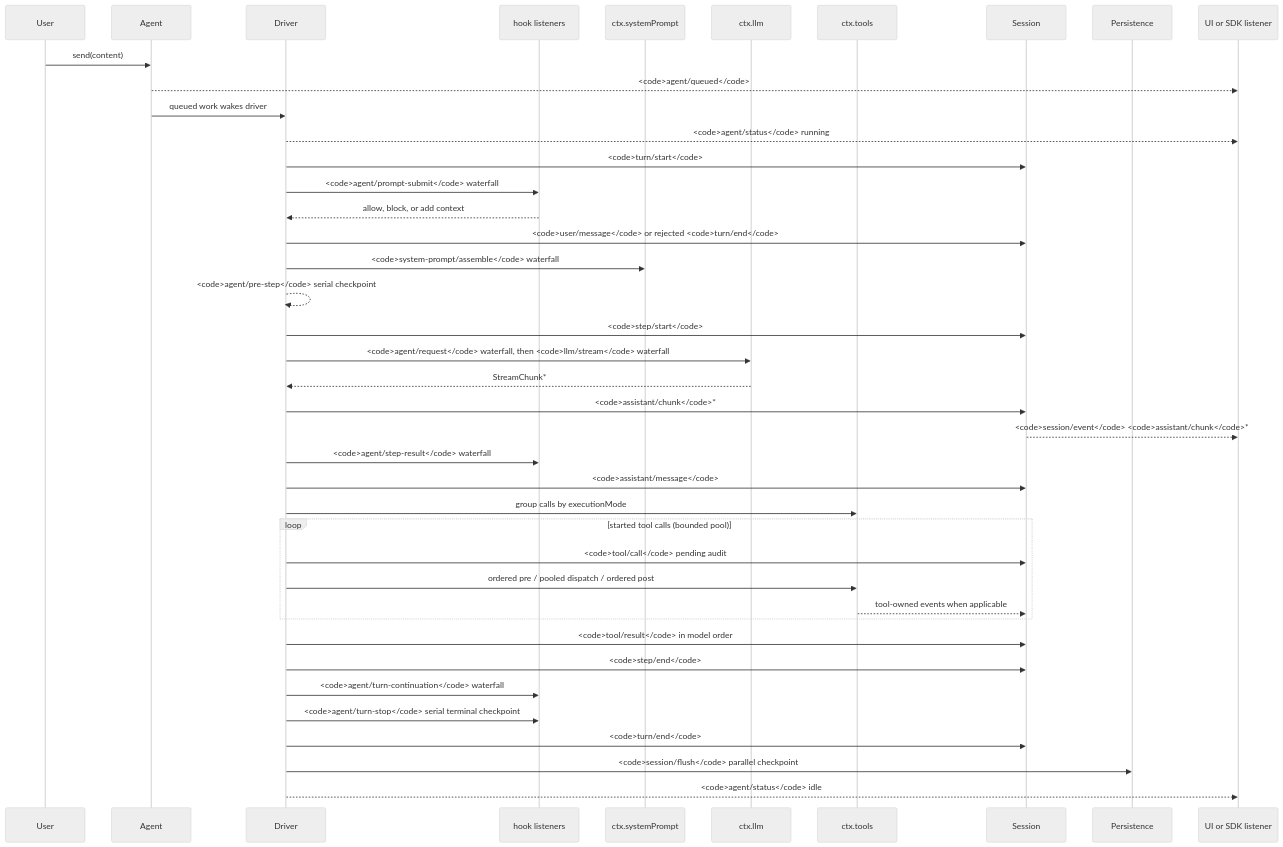
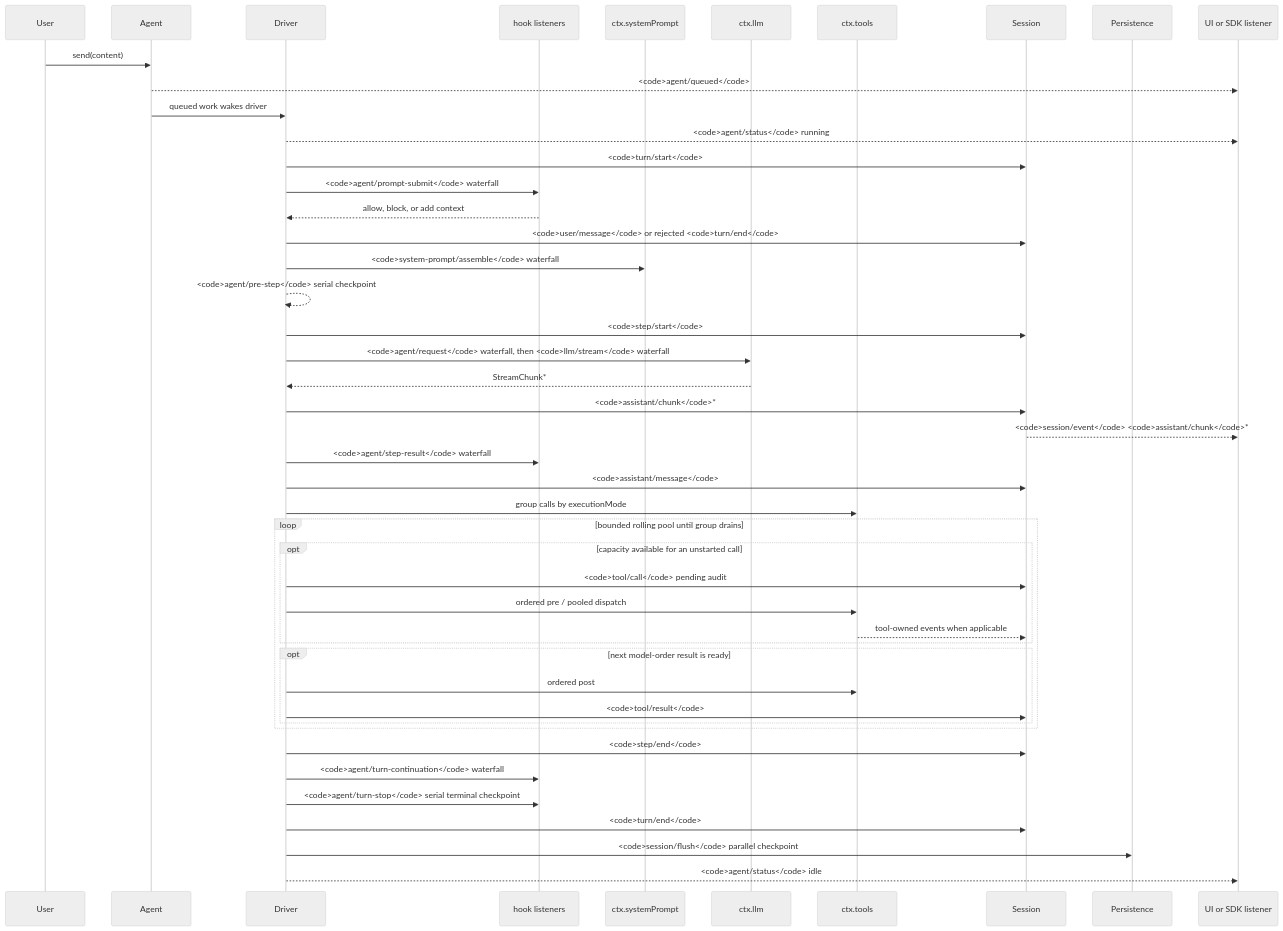
The diagram in docs/agent-lifecycle.md (007M7/DeepCode), drawn with Mermaid (neutral theme) before and after one commit. The commit also changed 25 other files, not shown here.

Commit message:
fix(agent-loop): tighten parallel tool-call safety

````diff
--- a/docs/agent-lifecycle.md
+++ b/docs/agent-lifecycle.md
@@ -8,43 +8,48 @@
 ```mermaid
 sequenceDiagram
   participant User
   participant Agent
   participant Driver
   participant Hooks as hook listeners
   participant Prompt as ctx.systemPrompt
   participant LLM as ctx.llm
   participant Tools as ctx.tools
   participant Session
   participant Persistence
   participant SDK as UI or SDK listener
   User->>Agent: send(content)
   Agent-->>SDK: <code>agent/queued</code>
   Agent->>Driver: queued work wakes driver
   Driver-->>SDK: <code>agent/status</code> running
   Driver->>Session: <code>turn/start</code>
   Driver->>Hooks: <code>agent/prompt-submit</code> waterfall
   Hooks-->>Driver: allow, block, or add context
   Driver->>Session: <code>user/message</code> or rejected <code>turn/end</code>
   Driver->>Prompt: <code>system-prompt/assemble</code> waterfall
   Driver-->>Driver: <code>agent/pre-step</code> serial checkpoint
   Driver->>Session: <code>step/start</code>
   Driver->>LLM: <code>agent/request</code> waterfall, then <code>llm/stream</code> waterfall
   LLM-->>Driver: StreamChunk*
   Driver->>Session: <code>assistant/chunk</code>*
   Session-->>SDK: <code>session/event</code> <code>assistant/chunk</code>*
   Driver->>Hooks: <code>agent/step-result</code> waterfall
   Driver->>Session: <code>assistant/message</code>
   Driver->>Tools: group calls by executionMode
-  loop started tool calls (bounded pool)
-    Driver->>Session: <code>tool/call</code> pending audit
-    Driver->>Tools: ordered pre / pooled dispatch / ordered post
-    Tools-->>Session: tool-owned events when applicable
+  loop bounded rolling pool until group drains
+    opt capacity available for an unstarted call
+      Driver->>Session: <code>tool/call</code> pending audit
+      Driver->>Tools: ordered pre / pooled dispatch
+      Tools-->>Session: tool-owned events when applicable
+    end
+    opt next model-order result is ready
+      Driver->>Tools: ordered post
+      Driver->>Session: <code>tool/result</code>
+    end
   end
-  Driver->>Session: <code>tool/result</code> in model order
   Driver->>Session: <code>step/end</code>
   Driver->>Hooks: <code>agent/turn-continuation</code> waterfall
   Driver->>Hooks: <code>agent/turn-stop</code> serial terminal checkpoint
   Driver->>Session: <code>turn/end</code>
   Driver->>Persistence: <code>session/flush</code> parallel checkpoint
   Driver-->>SDK: <code>agent/status</code> idle
 ```
````
